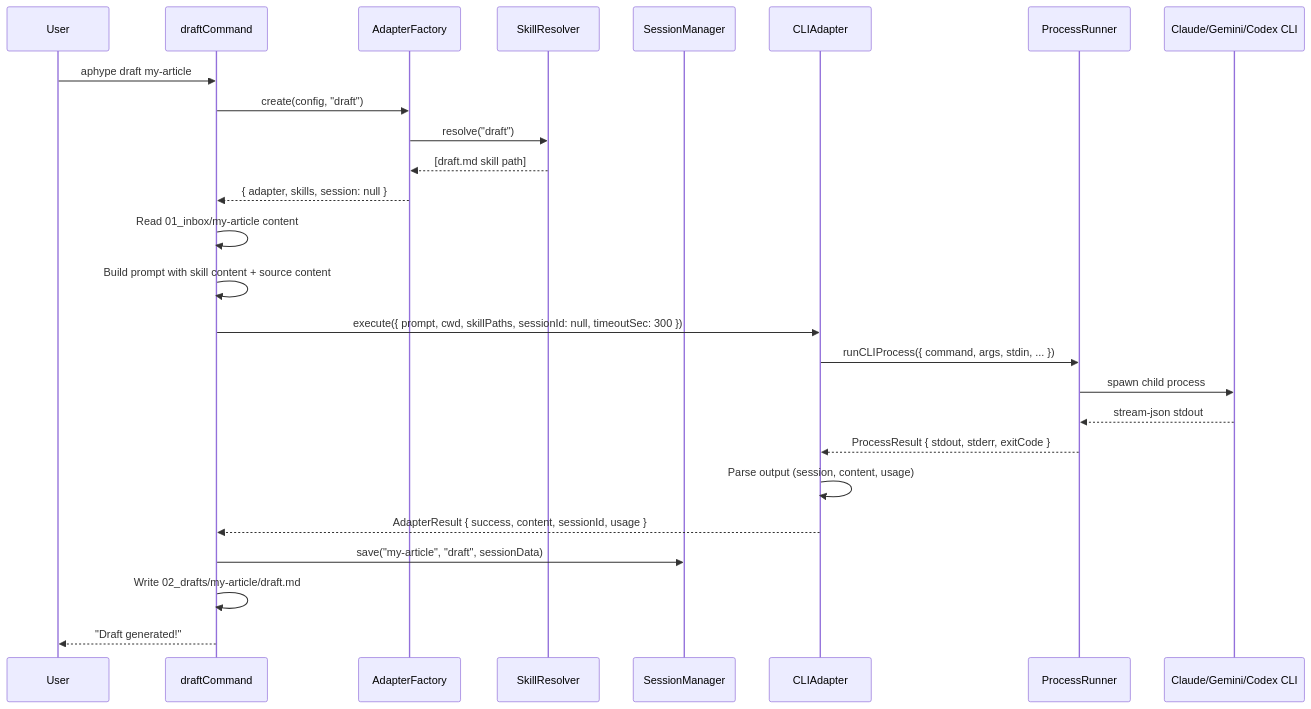
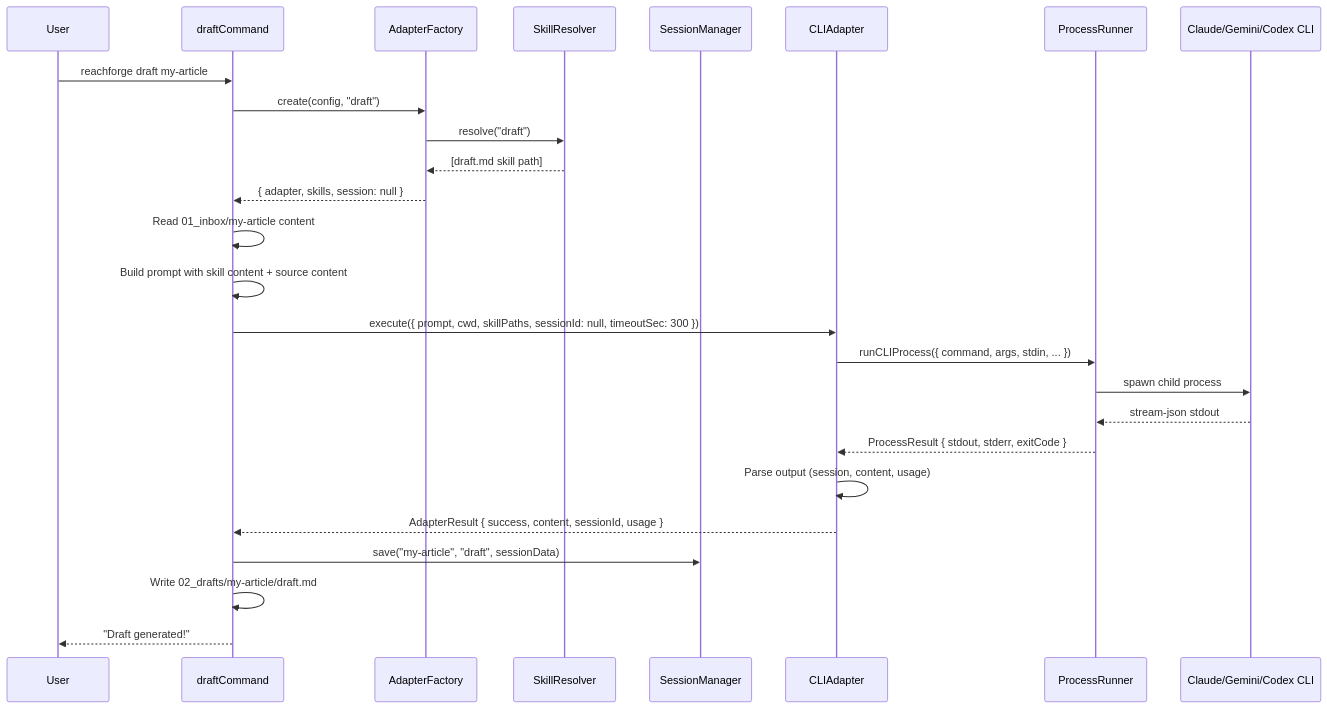
One commit to reachforge/reachforge changed the fourth of 5 diagrams in docs/llm-adapter/tech-design.md. Above: the diagram before and after it, drawn with Mermaid. The commit also changed other lines of this file and 74 other files, not shown here.

Commit message:
refactor: Rename project and related identifiers from 'aphype' to 'reachforge'.

````diff
--- a/docs/llm-adapter/tech-design.md
+++ b/docs/llm-adapter/tech-design.md
@@ -794,29 +794,29 @@
 ```mermaid
 sequenceDiagram
     participant User
     participant DraftCmd as draftCommand
     participant Factory as AdapterFactory
     participant Skills as SkillResolver
     participant Session as SessionManager
     participant Adapter as CLIAdapter
     participant Process as ProcessRunner
     participant CLI as Claude/Gemini/Codex CLI
 
-    User->>DraftCmd: aphype draft my-article
+    User->>DraftCmd: reachforge draft my-article
     DraftCmd->>Factory: create(config, "draft")
     Factory->>Skills: resolve("draft")
     Skills-->>Factory: [draft.md skill path]
     Factory-->>DraftCmd: { adapter, skills, session: null }
     DraftCmd->>DraftCmd: Read 01_inbox/my-article content
     DraftCmd->>DraftCmd: Build prompt with skill content + source content
     DraftCmd->>Adapter: execute({ prompt, cwd, skillPaths, sessionId: null, timeoutSec: 300 })
     Adapter->>Process: runCLIProcess({ command, args, stdin, ... })
     Process->>CLI: spawn child process
     CLI-->>Process: stream-json stdout
     Process-->>Adapter: ProcessResult { stdout, stderr, exitCode }
     Adapter->>Adapter: Parse output (session, content, usage)
     Adapter-->>DraftCmd: AdapterResult { success, content, sessionId, usage }
     DraftCmd->>Session: save("my-article", "draft", sessionData)
     DraftCmd->>DraftCmd: Write 02_drafts/my-article/draft.md
     DraftCmd-->>User: "Draft generated!"
 ```
````
